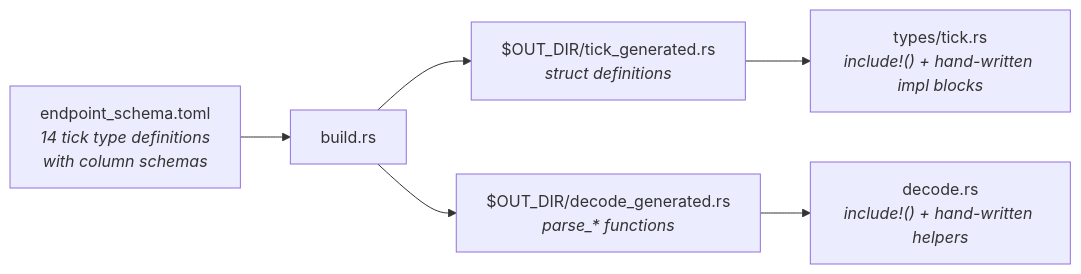
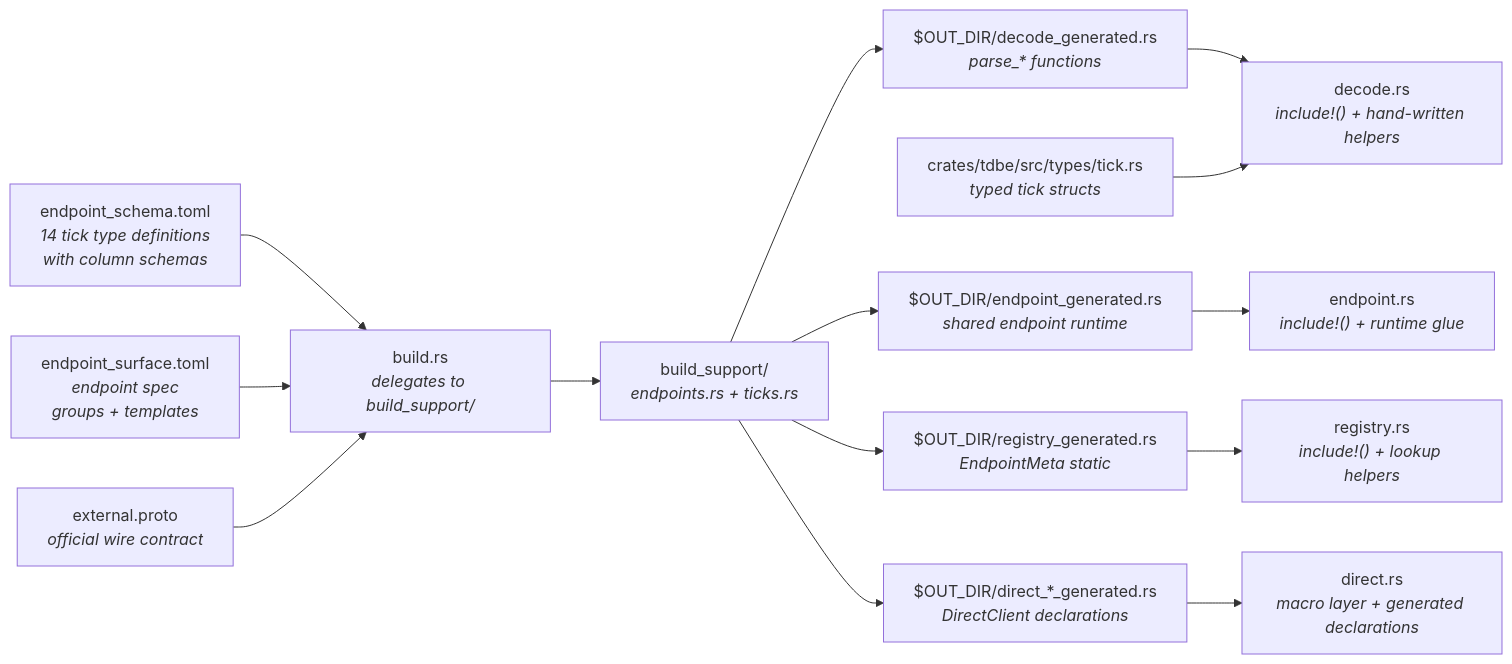
The sixth of 15 diagrams in docs/architecture.md (userFRM/ThetaDataDx), drawn with Mermaid before and after one commit. The commit also changed other lines of this file and 10 other files, not shown here.

Commit message:
docs: refresh generated endpoint architecture

````diff
--- a/docs/architecture.md
+++ b/docs/architecture.md
@@ -159,15 +161,31 @@
 ```mermaid
 flowchart LR
     TOML["endpoint_schema.toml<br/><i>14 tick type definitions<br/>with column schemas</i>"]
-    BUILD["build.rs"]
-    STRUCTS["$OUT_DIR/tick_generated.rs<br/><i>struct definitions</i>"]
+    SURFACE["endpoint_surface.toml<br/><i>endpoint spec<br/>groups + templates</i>"]
+    PROTO["external.proto<br/><i>official wire contract</i>"]
+    BUILD["build.rs<br/><i>delegates to build_support/</i>"]
+    SUPPORT["build_support/<br/><i>endpoints.rs + ticks.rs</i>"]
     PARSERS["$OUT_DIR/decode_generated.rs<br/><i>parse_* functions</i>"]
-    TICK["types/tick.rs<br/><i>include!() + hand-written impl blocks</i>"]
+    RUNTIME["$OUT_DIR/endpoint_generated.rs<br/><i>shared endpoint runtime</i>"]
+    REGISTRY_GEN["$OUT_DIR/registry_generated.rs<br/><i>EndpointMeta static</i>"]
+    DIRECT_GEN["$OUT_DIR/direct_*_generated.rs<br/><i>DirectClient declarations</i>"]
+    TICK["crates/tdbe/src/types/tick.rs<br/><i>typed tick structs</i>"]
     DECODE["decode.rs<br/><i>include!() + hand-written helpers</i>"]
+    ENDPOINT["endpoint.rs<br/><i>include!() + runtime glue</i>"]
+    REGISTRY["registry.rs<br/><i>include!() + lookup helpers</i>"]
+    DIRECT["direct.rs<br/><i>macro layer + generated declarations</i>"]
 
     TOML --> BUILD
-    BUILD --> STRUCTS
-    BUILD --> PARSERS
-    STRUCTS --> TICK
+    SURFACE --> BUILD
+    PROTO --> BUILD
+    BUILD --> SUPPORT
+    SUPPORT --> PARSERS
+    SUPPORT --> RUNTIME
+    SUPPORT --> REGISTRY_GEN
+    SUPPORT --> DIRECT_GEN
     PARSERS --> DECODE
+    TICK --> DECODE
+    RUNTIME --> ENDPOINT
+    REGISTRY_GEN --> REGISTRY
+    DIRECT_GEN --> DIRECT
 ```
````
